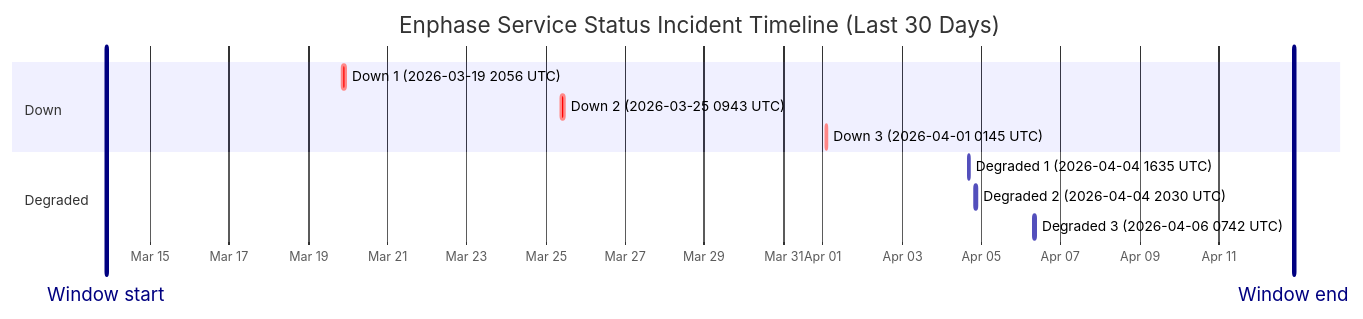
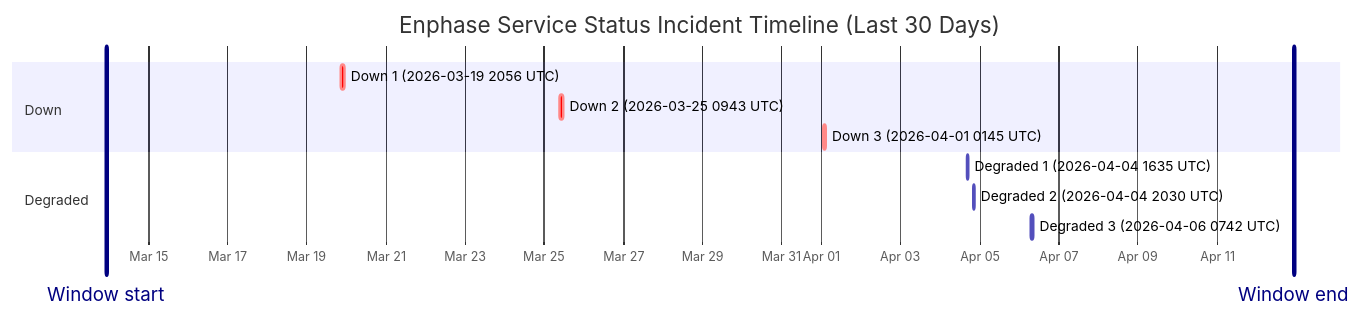
One commit to barneyonline/ha-enphase-ev-charger changed the diagram in wiki/Service-Status-History.md. Above: the diagram before and after it, drawn with Mermaid. The commit also changed other lines of this file and 3 other files, not shown here.

````diff
--- a/wiki/Service-Status-History.md
+++ b/wiki/Service-Status-History.md
@@ -14,16 +14,16 @@
 ```mermaid
 gantt
     title Enphase Service Status Incident Timeline (Last 30 Days)
     dateFormat  YYYY-MM-DDTHH:mm:ss
     axisFormat  %b %d
-    Window start :vert, window-start, 2026-03-13T21:33:50, 0ms
-    Window end :vert, window-end, 2026-04-12T21:33:50, 0ms
+    Window start :vert, window-start, 2026-03-13T22:33:20, 0ms
+    Window end :vert, window-end, 2026-04-12T22:33:20, 0ms
     section Down
     Down 1 (2026-03-19 2056 UTC) :crit, down-1, 2026-03-19T20:56:20, 145m
     Down 2 (2026-03-25 0943 UTC) :crit, down-2, 2026-03-25T09:43:28, 111m
     Down 3 (2026-04-01 0145 UTC) :crit, down-3, 2026-04-01T01:45:09, 60m
     section Degraded
     Degraded 1 (2026-04-04 1635 UTC) :active, degraded-1, 2026-04-04T16:35:17, 60m
     Degraded 2 (2026-04-04 2030 UTC) :active, degraded-2, 2026-04-04T20:30:40, 60m
     Degraded 3 (2026-04-06 0742 UTC) :active, degraded-3, 2026-04-06T07:42:09, 85m
 ```
````
